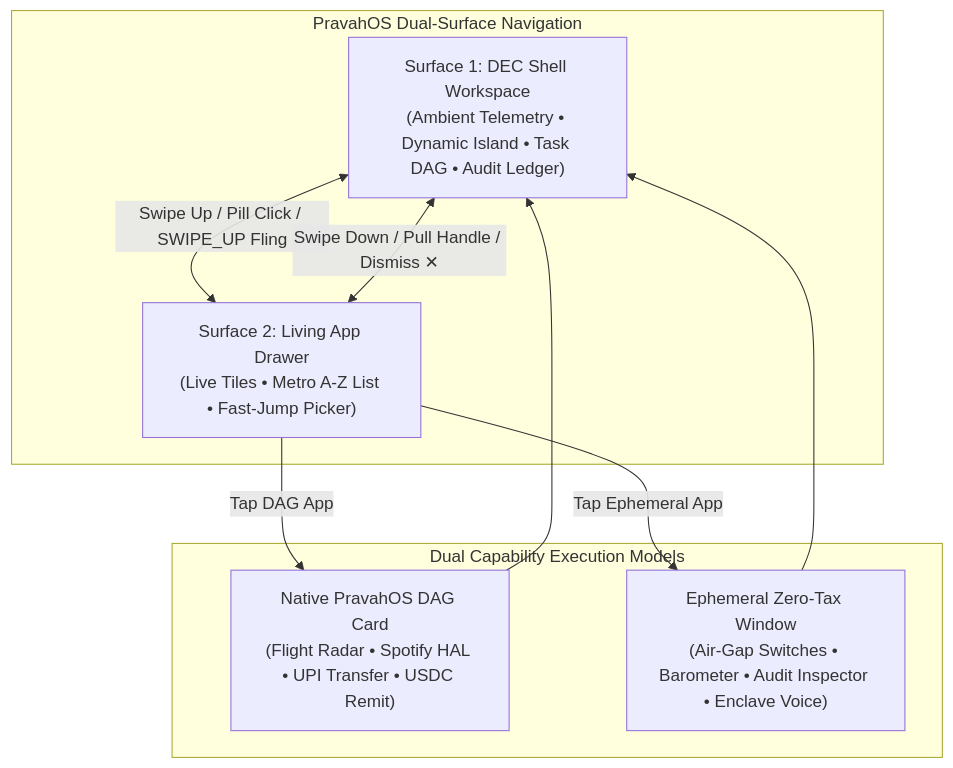
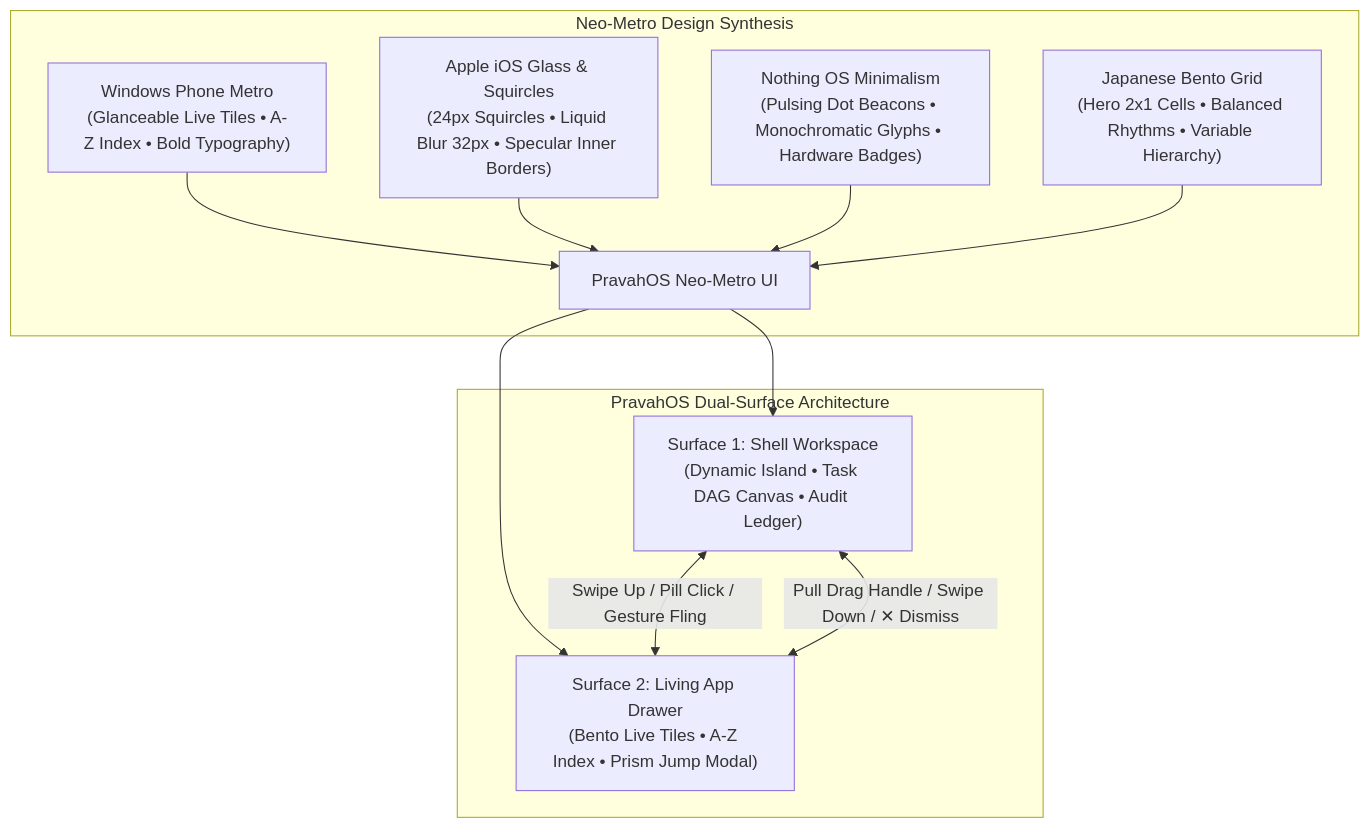
The first of 3 diagrams in DRAWER.md (leomoon85/pravahOS), drawn with Mermaid before and after one commit. The commit also changed other lines of this file and 2 other files, not shown here.

Commit message:
feat(ui): modernize Living Drawer into luxury Neo-Metro Bento Grid with 3D tilt and glass prism index

````diff
--- a/DRAWER.md
+++ b/DRAWER.md
@@ -11,18 +12,22 @@
 ```mermaid
 flowchart TD
-    subgraph DualSurface ["PravahOS Dual-Surface Navigation"]
-        S1["Surface 1: DEC Shell Workspace<br/>(Ambient Telemetry • Dynamic Island • Task DAG • Audit Ledger)"]
-        S2["Surface 2: Living App Drawer<br/>(Live Tiles • Metro A-Z List • Fast-Jump Picker)"]
+    subgraph NeoMetroDesign ["Neo-Metro Design Synthesis"]
+        WP["Windows Phone Metro<br/>(Glanceable Live Tiles • A-Z Index • Bold Typography)"]
+        Apple["Apple iOS Glass & Squircles<br/>(24px Squircles • Liquid Blur 32px • Specular Inner Borders)"]
+        Nothing["Nothing OS Minimalism<br/>(Pulsing Dot Beacons • Monochromatic Glyphs • Hardware Badges)"]
+        Bento["Japanese Bento Grid<br/>(Hero 2x1 Cells • Balanced Rhythms • Variable Hierarchy)"]
         
-        S1 <-- "Swipe Up / Pill Click / SWIPE_UP Fling" --> S2
-        S2 <-- "Swipe Down / Pull Handle / Dismiss ✕" --> S1
+        WP --> NeoMetro["PravahOS Neo-Metro UI"]
+        Apple --> NeoMetro
+        Nothing --> NeoMetro
+        Bento --> NeoMetro
     end
 
-    subgraph LaunchModels ["Dual Capability Execution Models"]
-        S2 -->|Tap DAG App| DAGLaunch["Native PravahOS DAG Card<br/>(Flight Radar • Spotify HAL • UPI Transfer • USDC Remit)"]
-        S2 -->|Tap Ephemeral App| WinLaunch["Ephemeral Zero-Tax Window<br/>(Air-Gap Switches • Barometer • Audit Inspector • Enclave Voice)"]
+    subgraph DualSurfaces ["PravahOS Dual-Surface Architecture"]
+        NeoMetro --> Surface1["Surface 1: Shell Workspace<br/>(Dynamic Island • Task DAG Canvas • Audit Ledger)"]
+        NeoMetro --> Surface2["Surface 2: Living App Drawer<br/>(Bento Live Tiles • A-Z Index • Prism Jump Modal)"]
         
-        DAGLaunch --> S1
-        WinLaunch --> S1
+        Surface1 <-- "Swipe Up / Pill Click / Gesture Fling" --> Surface2
+        Surface2 <-- "Pull Drag Handle / Swipe Down / ✕ Dismiss" --> Surface1
     end
 ```
````
